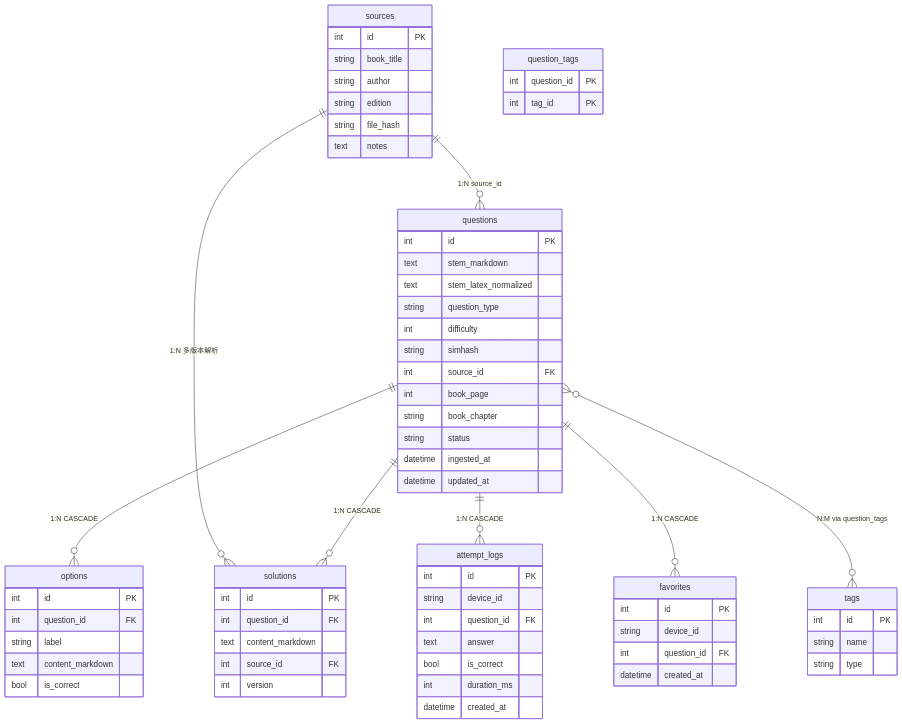
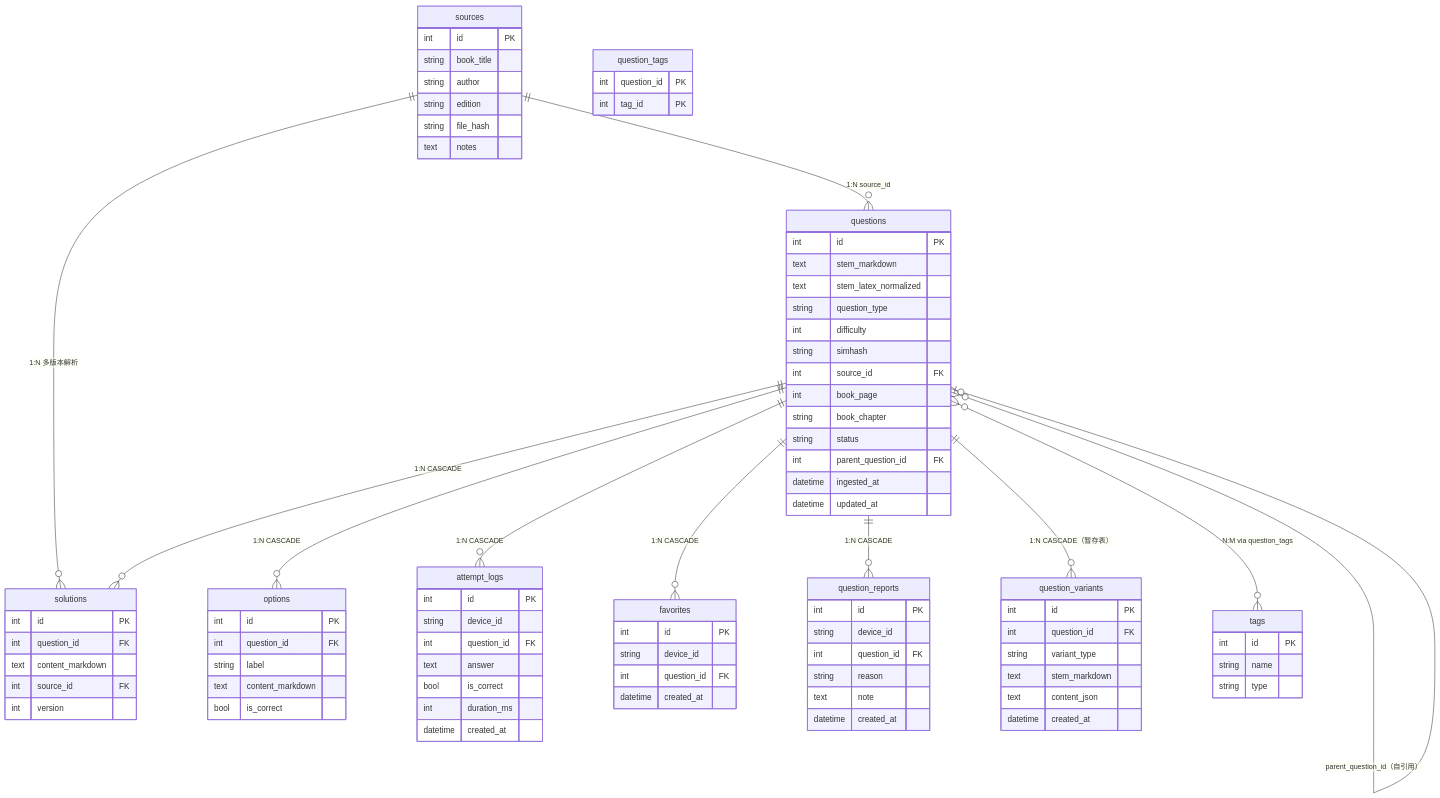
One commit to MangosteenBear/Quant-interview-mock changed the diagram in docs/database-design.md. Above: the diagram before and after it, drawn with Mermaid. The commit also changed other lines of this file and 26 other files, not shown here.

````diff
--- a/docs/database-design.md
+++ b/docs/database-design.md
@@ -15,6 +15,9 @@
     questions ||--o{ solutions : "1:N CASCADE"
     questions ||--o{ attempt_logs : "1:N CASCADE"
     questions ||--o{ favorites : "1:N CASCADE"
+    questions ||--o{ question_reports : "1:N CASCADE"
+    questions ||--o{ question_variants : "1:N CASCADE（暂存表）"
+    questions }o--o| questions : "parent_question_id（自引用）"
     questions }o--o{ tags : "N:M via question_tags"
 
     sources {
@@ -36,6 +39,7 @@
         int book_page
         string book_chapter
         string status
+        int parent_question_id FK
         datetime ingested_at
         datetime updated_at
     }
@@ -77,4 +81,20 @@
         int question_id FK
         datetime created_at
     }
+    question_variants {
+        int id PK
+        int question_id FK
+        string variant_type
+        text stem_markdown
+        text content_json
+        datetime created_at
+    }
+    question_reports {
+        int id PK
+        string device_id
+        int question_id FK
+        string reason
+        text note
+        datetime created_at
+    }
 ```
````
